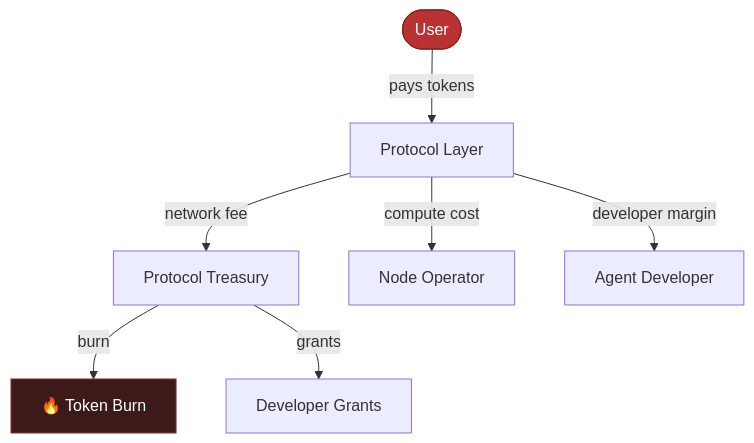
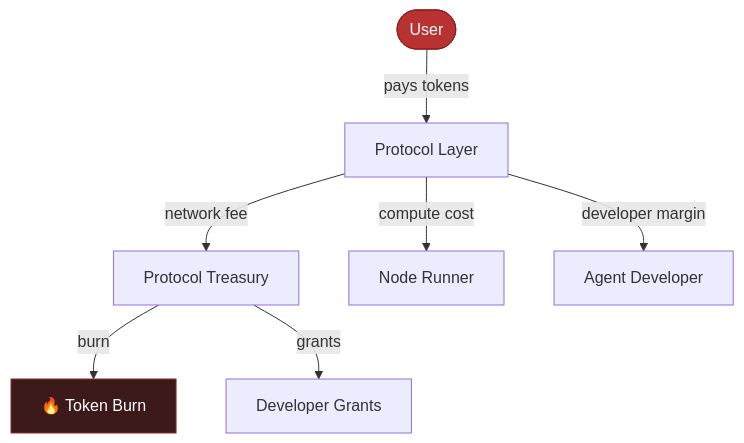
The second of 4 diagrams in content/docs/platform/economics.mdx (RustMunkey/maschina), drawn with Mermaid before and after one commit. The commit also changed other lines of this file and 14 other files, not shown here.

````diff
--- a/content/docs/platform/economics.mdx
+++ b/content/docs/platform/economics.mdx
@@ -61,12 +61,12 @@
 ```mermaid
 flowchart TD
     User([User]) -->|pays tokens| Protocol[Protocol Layer]
     Protocol -->|network fee| Treasury[Protocol Treasury]
-    Protocol -->|compute cost| Node[Node Operator]
+    Protocol -->|compute cost| Node[Node Runner]
     Protocol -->|developer margin| Dev[Agent Developer]
     Treasury -->|burn| Burn[🔥 Token Burn]
     Treasury -->|grants| Grants[Developer Grants]
 
     style User fill:#B83232,stroke:#8C1F1F,color:#fff
     style Burn fill:#3d1a1a,stroke:#8a2d2d,color:#fff
 ```
````
